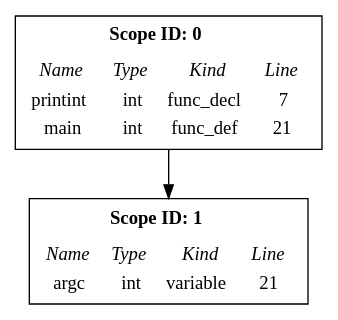
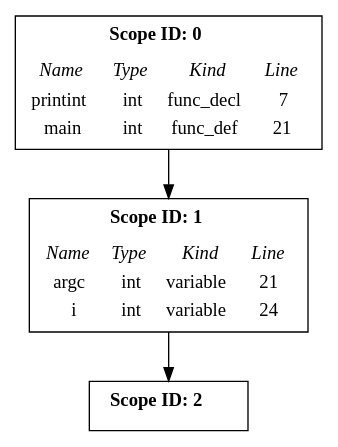
One commit to AlanVncs/compilador_1337 changed the diagram in table.dot. Above: the diagram before and after it, drawn with Graphviz. The commit also changed 6 other files, not shown here.

```diff
--- a/table.dot
+++ b/table.dot
@@ -1,46 +1,59 @@
 digraph {
 	graph [ordering="out"];
 	0[shape=record label=
 		<<table border="0">
 			<tr><td colspan="4"><b>Scope ID: 0</b></td></tr>
 			<tr><td></td></tr>
 			<tr>
 				<td><i>Name</i></td>
 				<td><i>Type</i></td>
 				<td><i>Kind</i></td>
 				<td><i>Line</i></td>
 			</tr>
 			<tr>
 				<td>printint</td>
 				<td>int</td>
 				<td>func_decl</td>
 				<td>7</td>
 			</tr>
 			<tr>
 				<td>main</td>
 				<td>int</td>
 				<td>func_def</td>
 				<td>21</td>
 			</tr>
 		</table>>
 	];
 	1[shape=record label=
 		<<table border="0">
 			<tr><td colspan="4"><b>Scope ID: 1</b></td></tr>
 			<tr><td></td></tr>
 			<tr>
 				<td><i>Name</i></td>
 				<td><i>Type</i></td>
 				<td><i>Kind</i></td>
 				<td><i>Line</i></td>
 			</tr>
 			<tr>
 				<td>argc</td>
 				<td>int</td>
 				<td>variable</td>
 				<td>21</td>
 			</tr>
+			<tr>
+				<td>i</td>
+				<td>int</td>
+				<td>variable</td>
+				<td>24</td>
+			</tr>
 		</table>>
 	];
+	2[shape=record label=
+		<<table border="0">
+			<tr><td colspan="4"><b>Scope ID: 2</b></td></tr>
+			<tr><td></td></tr>
+		</table>>
+	];
+	1 -> 2
 	0 -> 1
 }
```
